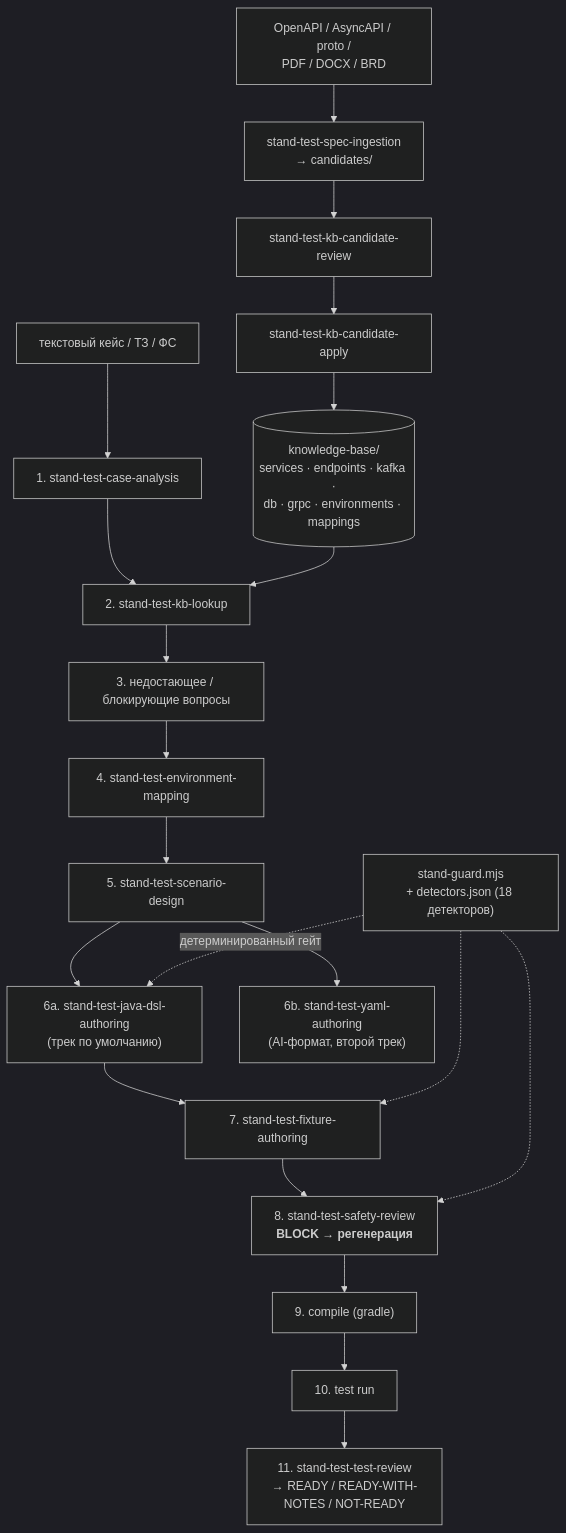
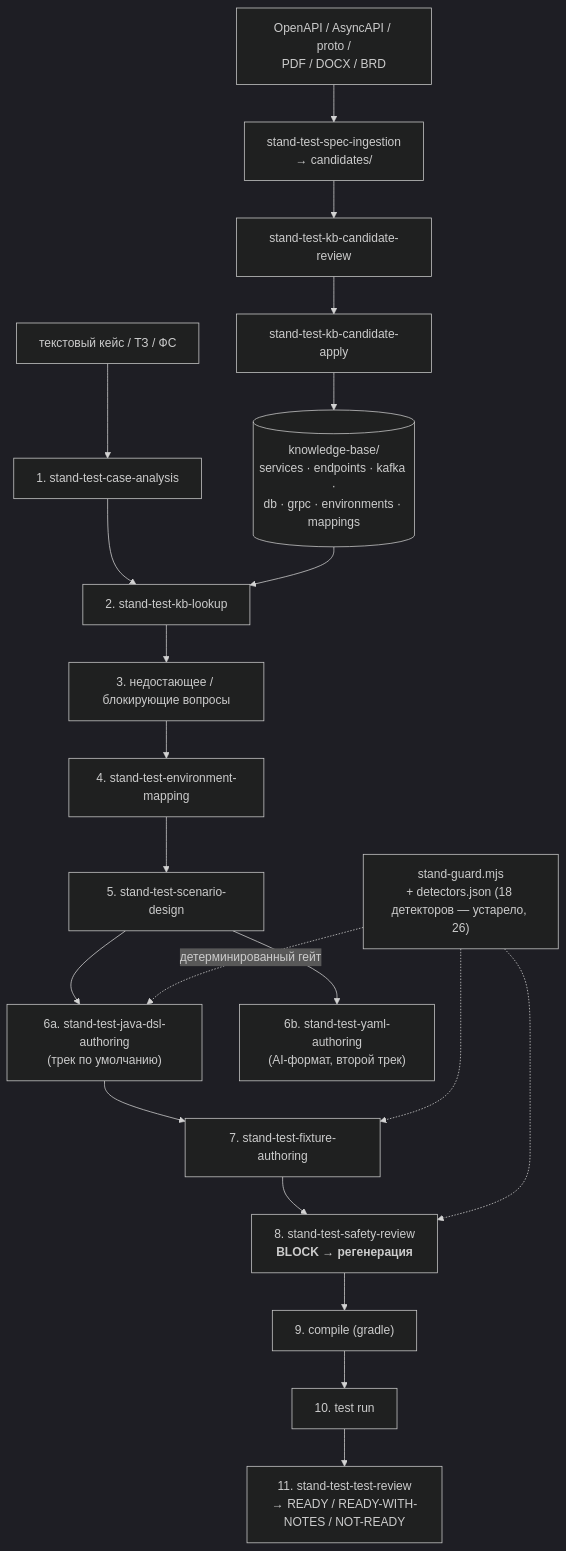
Before and after one commit to 0Lilhate/stand-test-framework: the seventh of 7 diagrams in docs/ui-test-generation/00-current-state.md, drawn with Mermaid (dark theme). The commit also changed other lines of this file and 23 other files, not shown here.

````diff
--- a/docs/ui-test-generation/00-current-state.md
+++ b/docs/ui-test-generation/00-current-state.md
@@ -510,23 +575,23 @@
 ```mermaid
 graph TD
     IN["текстовый кейс / ТЗ / ФС"] --> S1["1. stand-test-case-analysis"]
     SPEC["OpenAPI / AsyncAPI / proto /<br/>PDF / DOCX / BRD"] --> ING["stand-test-spec-ingestion<br/>→ candidates/"]
     ING --> REV["stand-test-kb-candidate-review"] --> APP["stand-test-kb-candidate-apply"] --> KB[("knowledge-base/<br/>services · endpoints · kafka ·<br/>db · grpc · environments · mappings")]
 
     S1 --> S2["2. stand-test-kb-lookup"]
     KB --> S2
     S2 --> S3["3. недостающее / блокирующие вопросы"]
     S3 --> S4["4. stand-test-environment-mapping"]
     S4 --> S5["5. stand-test-scenario-design"]
     S5 --> S6["6a. stand-test-java-dsl-authoring<br/>(трек по умолчанию)"]
     S5 --> S6b["6b. stand-test-yaml-authoring<br/>(AI-формат, второй трек)"]
     S6 --> S7["7. stand-test-fixture-authoring"]
     S7 --> S8["8. stand-test-safety-review<br/><b>BLOCK → регенерация</b>"]
     S8 --> S9["9. compile (gradle)"]
     S9 --> S10["10. test run"]
     S10 --> S11["11. stand-test-test-review<br/>→ READY / READY-WITH-NOTES / NOT-READY"]
 
-    HOOK["stand-guard.mjs<br/>+ detectors.json (18 детекторов)"] -.детерминированный гейт.-> S6
+    HOOK["stand-guard.mjs<br/>+ detectors.json (18 детекторов — устарело, 26)"] -.детерминированный гейт.-> S6
     HOOK -.-> S7
     HOOK -.-> S8
 ```
````
